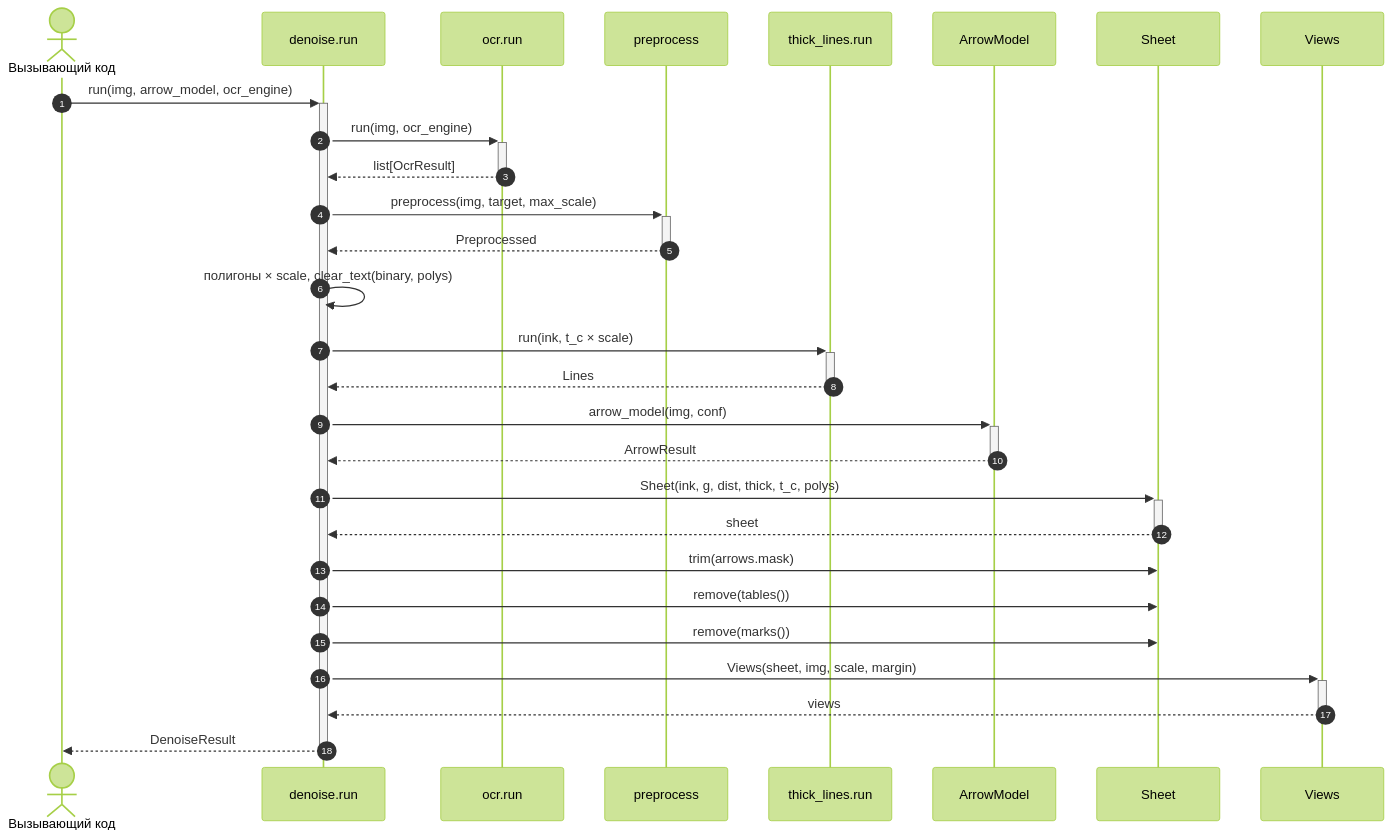
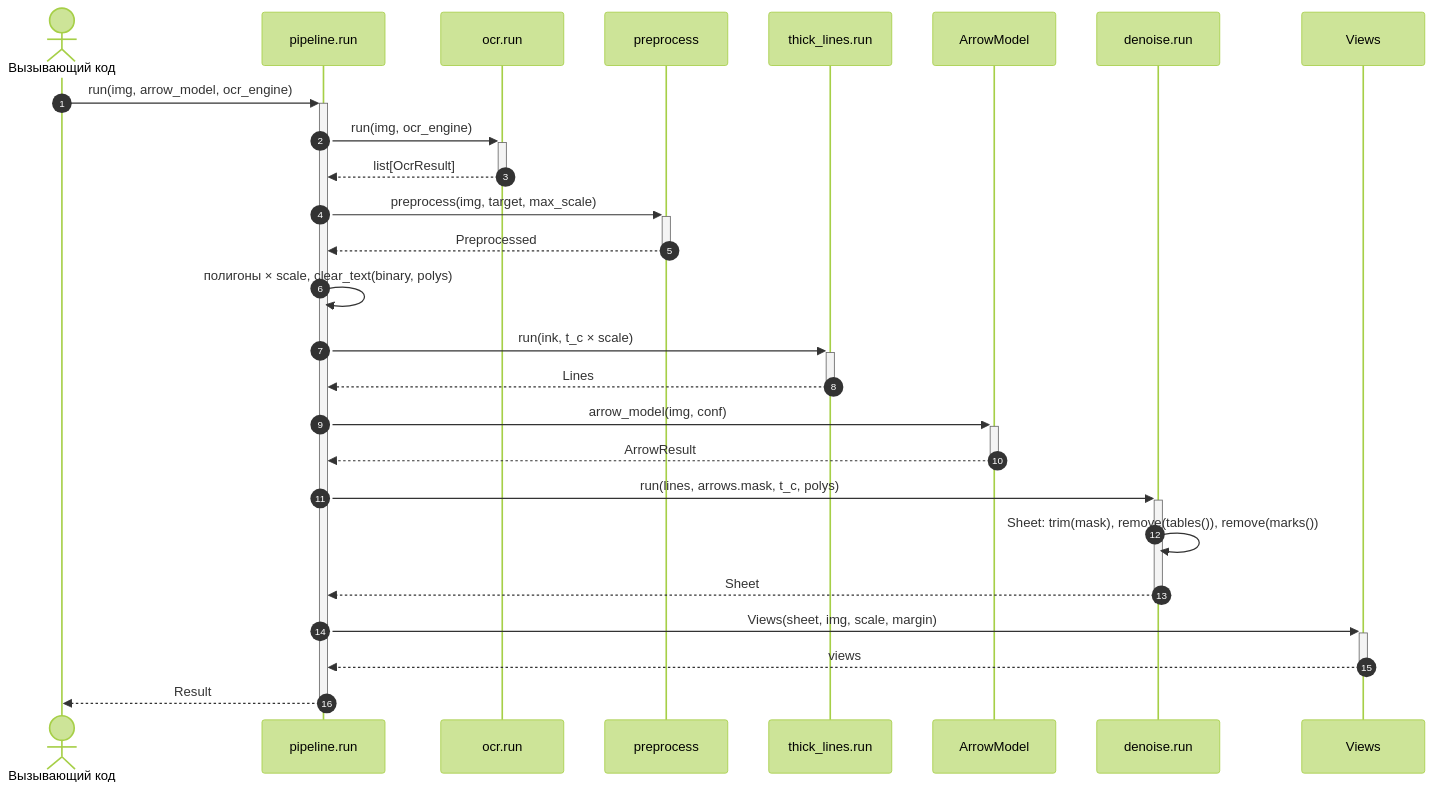
Before and after one commit to SergeyKrasnoslobodtsev/draftslice: the third of 3 diagrams in docs/architecture/ARCHITECTURE.md, drawn with Mermaid (forest theme). The commit also changed other lines of this file and 2 other files, not shown here.

````diff
--- a/docs/architecture/ARCHITECTURE.md
+++ b/docs/architecture/ARCHITECTURE.md
@@ -184,31 +195,29 @@
 ```mermaid
 sequenceDiagram
     autonumber
     actor U as Вызывающий код
-    participant D as denoise.run
+    participant D as pipeline.run
     participant O as ocr.run
     participant P as preprocess
     participant T as thick_lines.run
     participant A as ArrowModel
-    participant S as Sheet
+    participant N as denoise.run
     participant V as Views
 
     U->>+D: run(img, arrow_model, ocr_engine)
     D->>+O: run(img, ocr_engine)
     O-->>-D: list[OcrResult]
     D->>+P: preprocess(img, target, max_scale)
     P-->>-D: Preprocessed
     D->>D: полигоны × scale, clear_text(binary, polys)
     D->>+T: run(ink, t_c × scale)
     T-->>-D: Lines
     D->>+A: arrow_model(img, conf)
     A-->>-D: ArrowResult
-    D->>+S: Sheet(ink, g, dist, thick, t_c, polys)
-    S-->>-D: sheet
-    D->>S: trim(arrows.mask)
-    D->>S: remove(tables())
-    D->>S: remove(marks())
+    D->>+N: run(lines, arrows.mask, t_c, polys)
+    N->>N: Sheet: trim(mask), remove(tables()), remove(marks())
+    N-->>-D: Sheet
     D->>+V: Views(sheet, img, scale, margin)
     V-->>-D: views
-    D-->>-U: DenoiseResult
+    D-->>-U: Result
 ```
````
